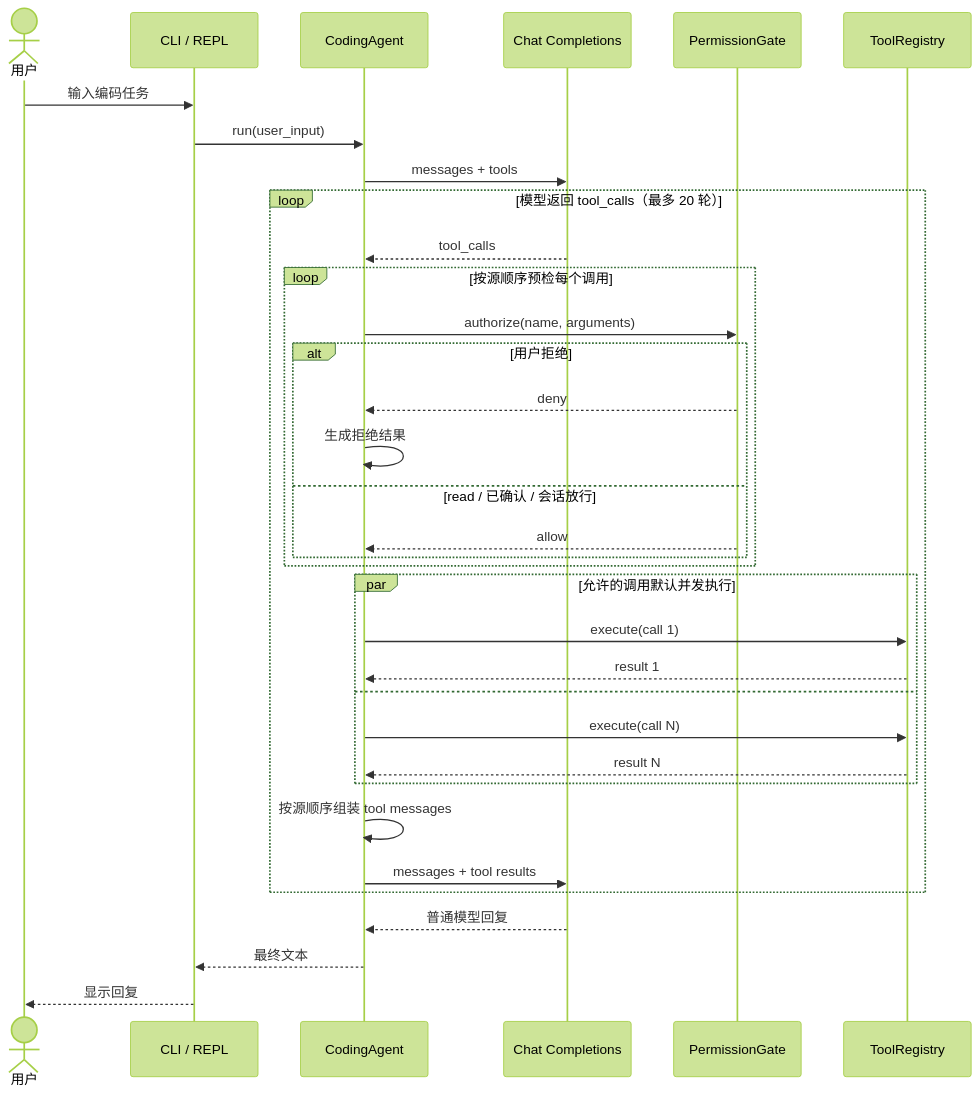
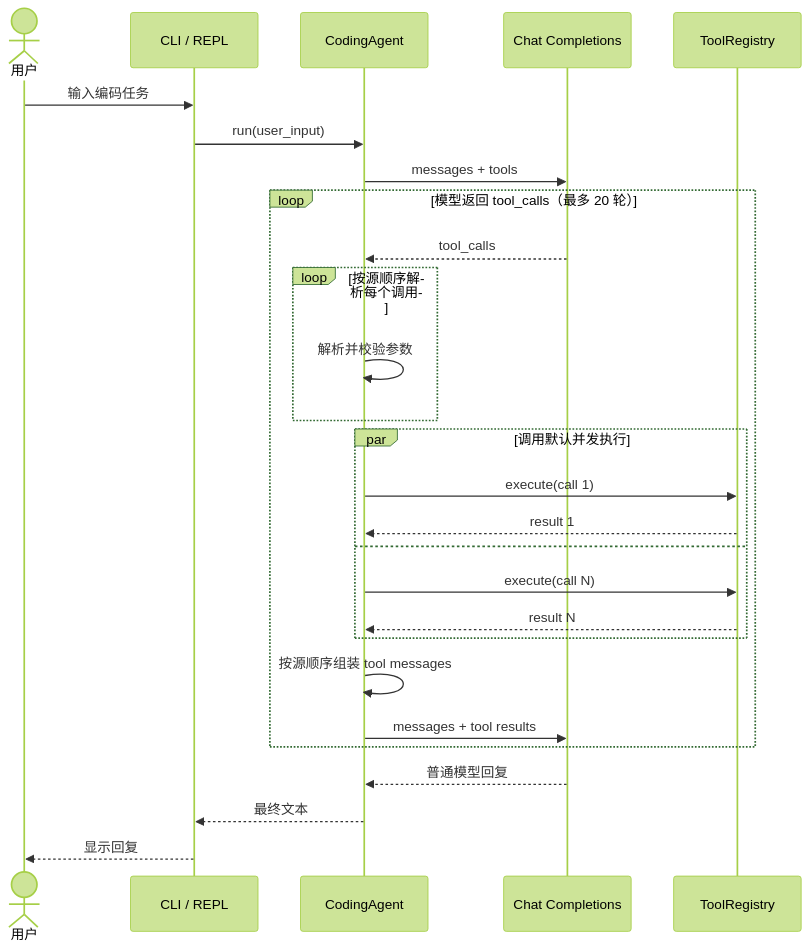
The second of 2 diagrams in docs/architecture.md (hxr223/laoHuangCode), drawn with Mermaid (forest theme) before and after one commit. The commit also changed other lines of this file and 15 other files, not shown here.

````diff
--- a/docs/architecture.md
+++ b/docs/architecture.md
@@ -85,39 +82,32 @@
 ```mermaid
 sequenceDiagram
     actor User as 用户
     participant CLI as CLI / REPL
     participant Agent as CodingAgent
     participant API as Chat Completions
-    participant Gate as PermissionGate
     participant Tools as ToolRegistry
 
     User->>CLI: 输入编码任务
     CLI->>Agent: run(user_input)
     Agent->>API: messages + tools
 
     loop 模型返回 tool_calls（最多 20 轮）
         API-->>Agent: tool_calls
-        loop 按源顺序预检每个调用
-            Agent->>Gate: authorize(name, arguments)
-            alt 用户拒绝
-                Gate-->>Agent: deny
-                Agent->>Agent: 生成拒绝结果
-            else read / 已确认 / 会话放行
-                Gate-->>Agent: allow
-            end
+        loop 按源顺序解析每个调用
+            Agent->>Agent: 解析并校验参数
         end
-        par 允许的调用默认并发执行
+        par 调用默认并发执行
             Agent->>Tools: execute(call 1)
             Tools-->>Agent: result 1
         and
             Agent->>Tools: execute(call N)
             Tools-->>Agent: result N
         end
         Agent->>Agent: 按源顺序组装 tool messages
         Agent->>API: messages + tool results
     end
 
     API-->>Agent: 普通模型回复
     Agent-->>CLI: 最终文本
     CLI-->>User: 显示回复
 ```
````
